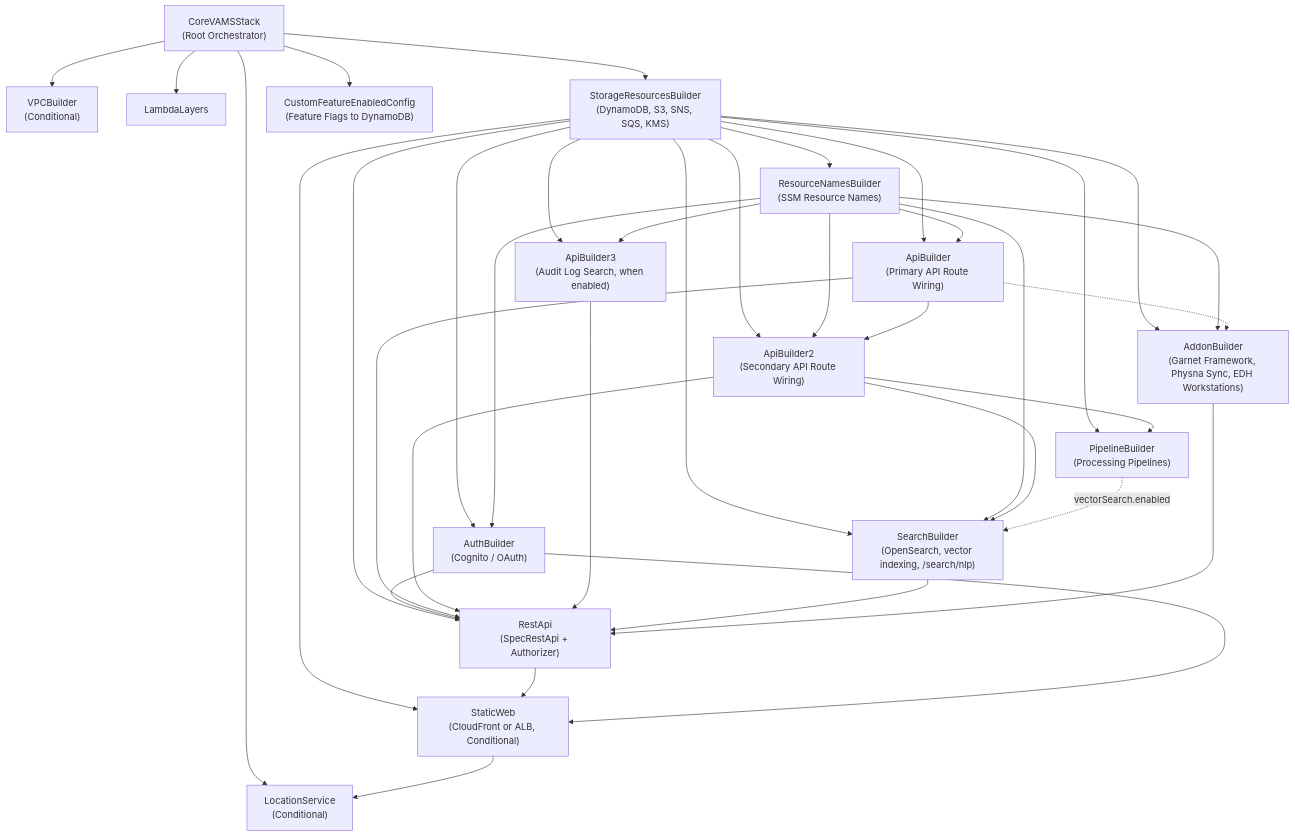
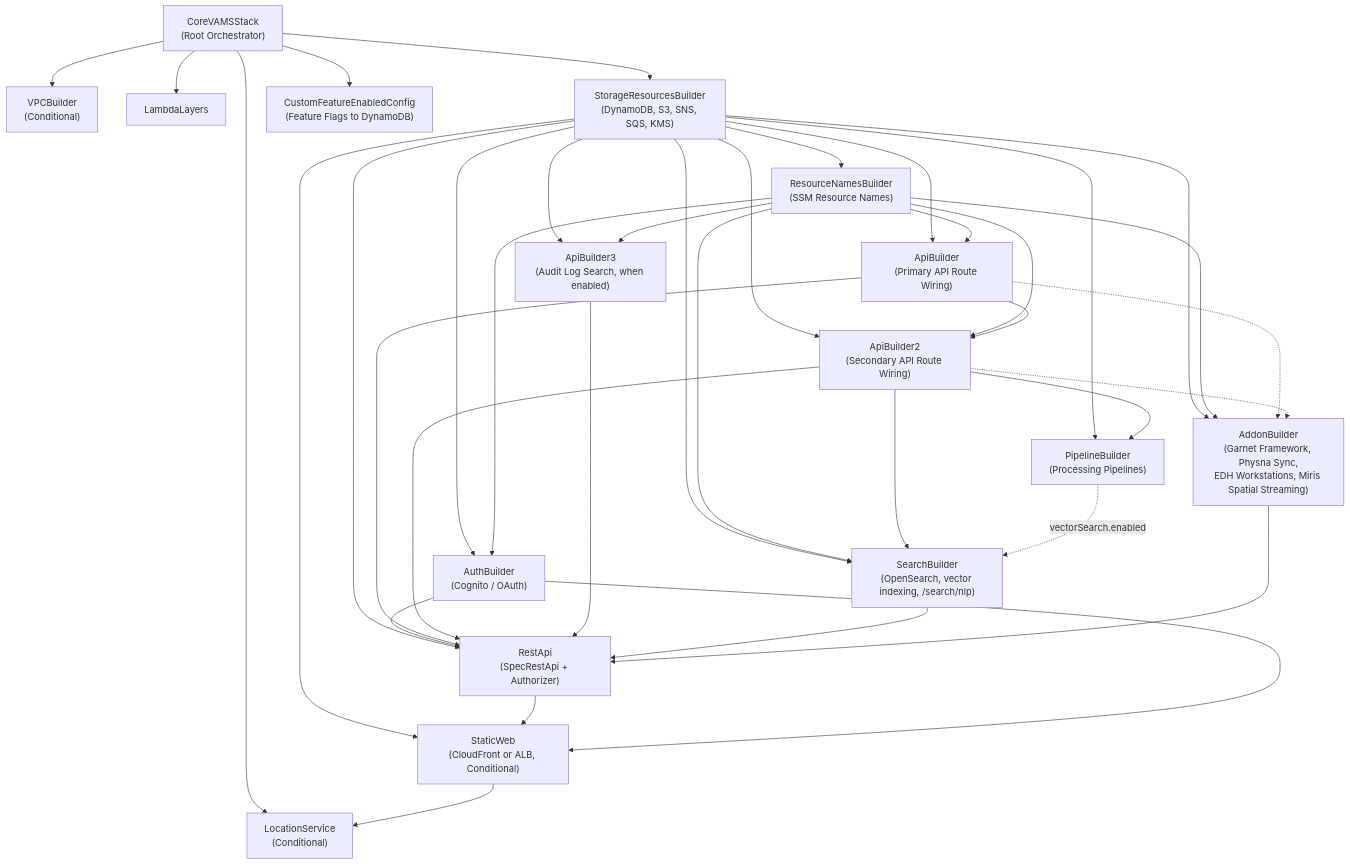
One commit to awslabs/visual-asset-management-system changed the third of 3 diagrams in documentation/docusaurus-site/docs/architecture/overview.md. Above: the diagram before and after it, drawn with Mermaid. The commit also changed other lines of this file and 242 other files, not shown here.

First line of the commit message:
feat(addons): add the Miris Spatial Streaming add-on and upload pipeline

````diff
--- a/documentation/docusaurus-site/docs/architecture/overview.md
+++ b/documentation/docusaurus-site/docs/architecture/overview.md
@@ -132,55 +132,56 @@
 ```mermaid
 graph TD
     Core["CoreVAMSStack<br/>(Root Orchestrator)"]
     VPC["VPCBuilder<br/>(Conditional)"]
     Layers["LambdaLayers"]
     Storage["StorageResourcesBuilder<br/>(DynamoDB, S3, SNS, SQS, KMS)"]
     Names["ResourceNamesBuilder<br/>(SSM Resource Names)"]
     Auth["AuthBuilder<br/>(Cognito / OAuth)"]
     APIBuilder["ApiBuilder<br/>(Primary API Route Wiring)"]
     APIBuilder2["ApiBuilder2<br/>(Secondary API Route Wiring)"]
     APIBuilder3["ApiBuilder3<br/>(Audit Log Search, when enabled)"]
     Search["SearchBuilder<br/>(OpenSearch, vector indexing, /search/nlp)"]
     Pipelines["PipelineBuilder<br/>(Processing Pipelines)"]
-    Addons["AddonBuilder<br/>(Garnet Framework, Physna Sync, EDH Workstations)"]
+    Addons["AddonBuilder<br/>(Garnet Framework, Physna Sync,<br/>EDH Workstations, Miris Spatial Streaming)"]
     API["RestApi<br/>(SpecRestApi + Authorizer)"]
     StaticWeb["StaticWeb<br/>(CloudFront or ALB, Conditional)"]
     Location["LocationService<br/>(Conditional)"]
     Features["CustomFeatureEnabledConfig<br/>(Feature Flags to DynamoDB)"]
 
     Core --> VPC
     Core --> Layers
     Core --> Storage
     Core --> Location
     Core --> Features
     Storage --> Names
     Storage --> Auth
     Names --> Auth
     Storage --> APIBuilder
     Names --> APIBuilder
     Storage --> APIBuilder2
     Names --> APIBuilder2
     Storage --> APIBuilder3
     Names --> APIBuilder3
     APIBuilder --> APIBuilder2
     Storage --> Search
     Names --> Search
     APIBuilder2 --> Search
     Storage --> Pipelines
     APIBuilder2 --> Pipelines
     Pipelines -.->|vectorSearch.enabled| Search
     Storage --> Addons
     Names --> Addons
     APIBuilder -.-> Addons
+    APIBuilder2 -.-> Addons
     Storage --> API
     Auth --> API
     APIBuilder --> API
     APIBuilder2 --> API
     APIBuilder3 --> API
     Search --> API
     Addons --> API
     Storage --> StaticWeb
     API --> StaticWeb
     Auth --> StaticWeb
     StaticWeb --> Location
 ```
````
